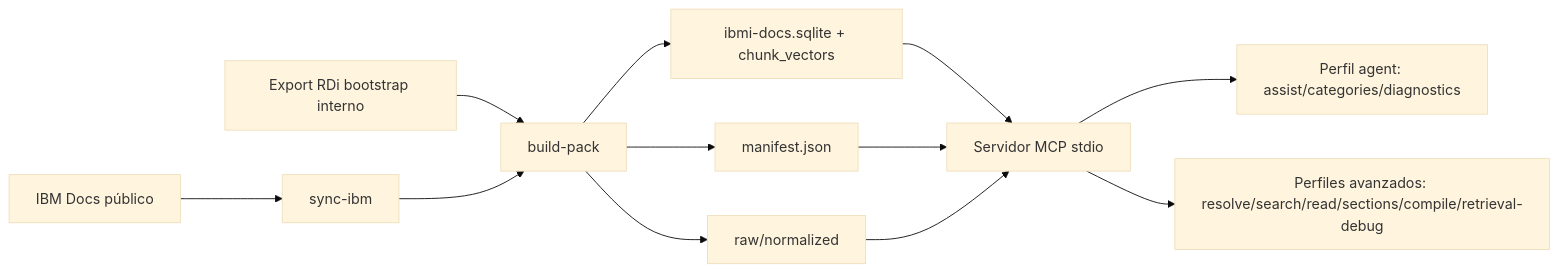
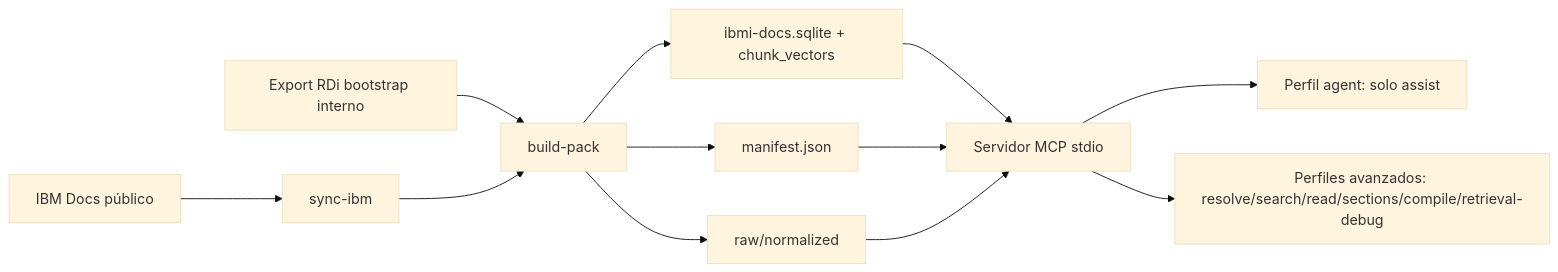
One commit to h0w4r/MCP-IBMiDocs changed the diagram in docs/ARCHITECTURE.md. Above: the diagram before and after it, drawn with Mermaid (base theme). The commit also changed other lines of this file and 32 other files, not shown here.

````diff
--- a/docs/ARCHITECTURE.md
+++ b/docs/ARCHITECTURE.md
@@ -3,14 +3,14 @@
 ```mermaid
 flowchart LR
   A[IBM Docs público] --> B[sync-ibm]
   R[Export RDi bootstrap interno] --> P[build-pack]
   B --> P
   P --> M[manifest.json]
   P --> S[ibmi-docs.sqlite + chunk_vectors]
   P --> N[raw/normalized]
   S --> MCP[Servidor MCP stdio]
   M --> MCP
   N --> MCP
-  MCP --> P1[Perfil agent: assist/categories/diagnostics]
+  MCP --> P1[Perfil agent: solo assist]
   MCP --> P2[Perfiles avanzados: resolve/search/read/sections/compile/retrieval-debug]
 ```
````
